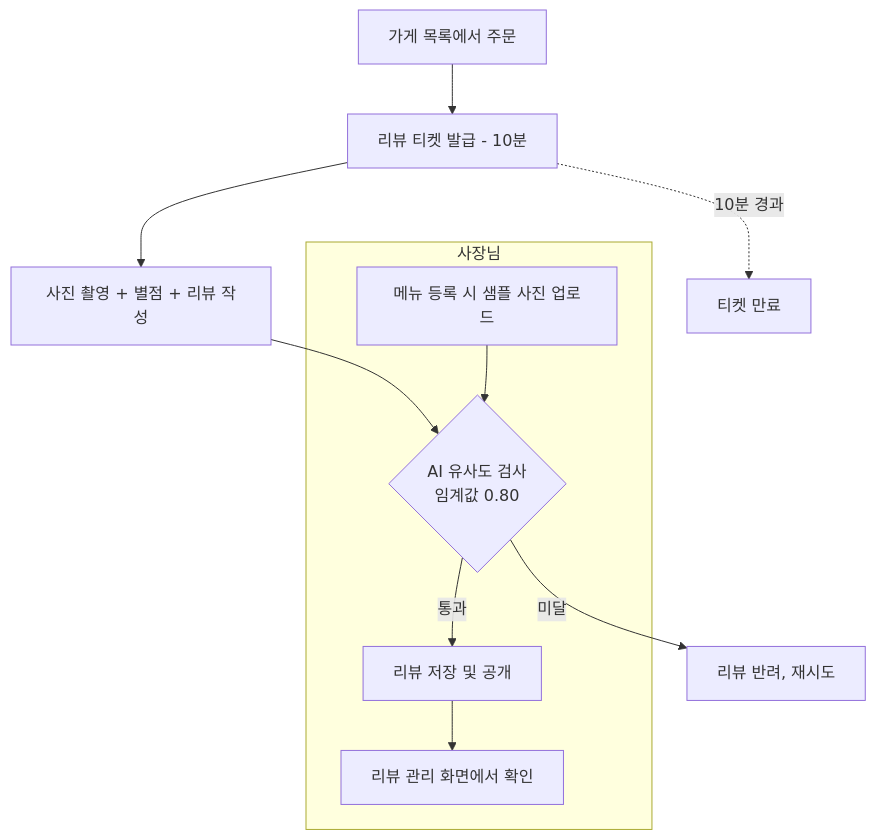
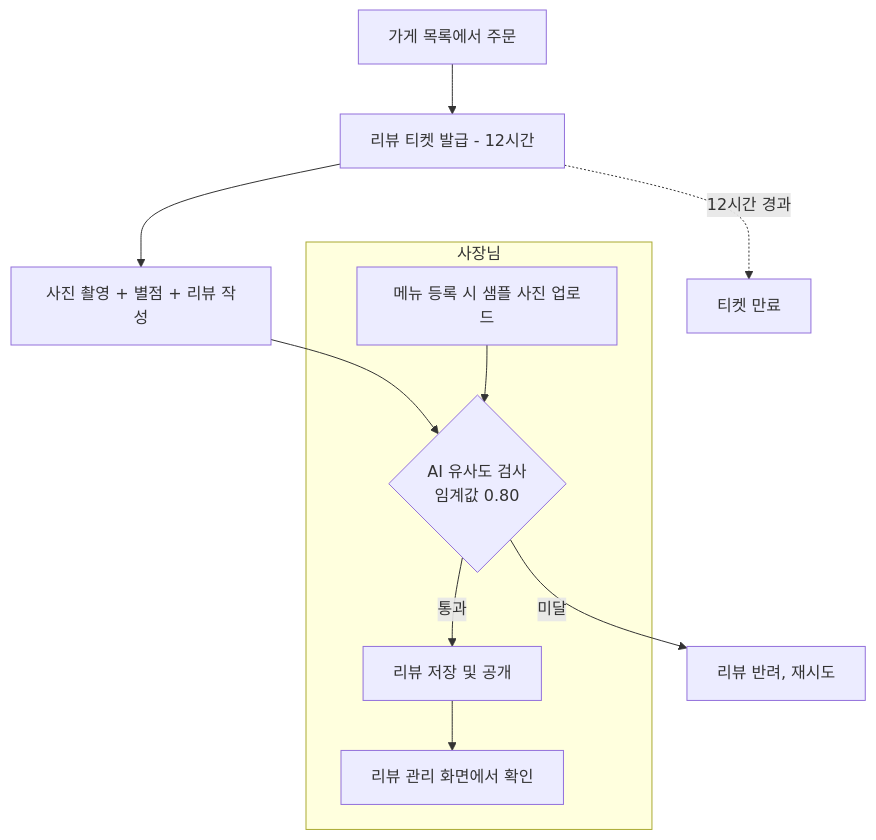
Before and after one commit to ReviewTicket/ReviewTicketFullstack: the first of 2 diagrams in README.md, drawn with Mermaid. The commit also changed other lines of this file and 1 other file, not shown here.

Commit message:
[release] 리뷰작성시간 10분 -> 12시간

````diff
--- a/README.md
+++ b/README.md
@@ -64,14 +64,14 @@
 ```mermaid
 flowchart TD
-    A[가게 목록에서 주문] --> B[리뷰 티켓 발급 - 10분]
+    A[가게 목록에서 주문] --> B[리뷰 티켓 발급 - 12시간]
     B --> C[사진 촬영 + 별점 + 리뷰 작성]
     C --> D{AI 유사도 검사<br/>임계값 0.80}
     D -->|통과| E[리뷰 저장 및 공개]
     D -->|미달| F[리뷰 반려, 재시도]
-    B -.10분 경과.-> G[티켓 만료]
+    B -.12시간 경과.-> G[티켓 만료]
 
     subgraph 사장님
     H[메뉴 등록 시 샘플 사진 업로드] --> D
     E --> I[리뷰 관리 화면에서 확인]
     end
 ```
````
